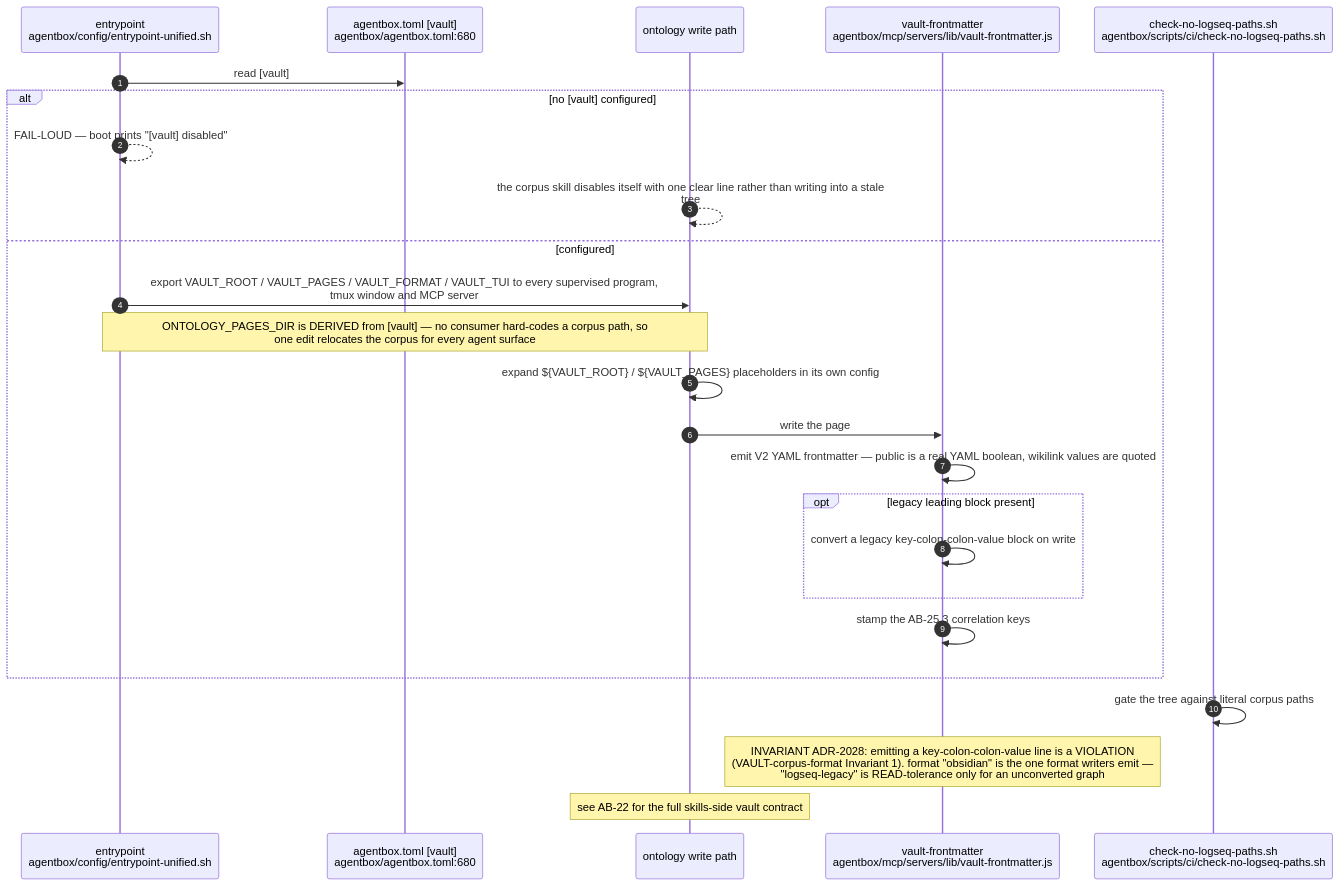
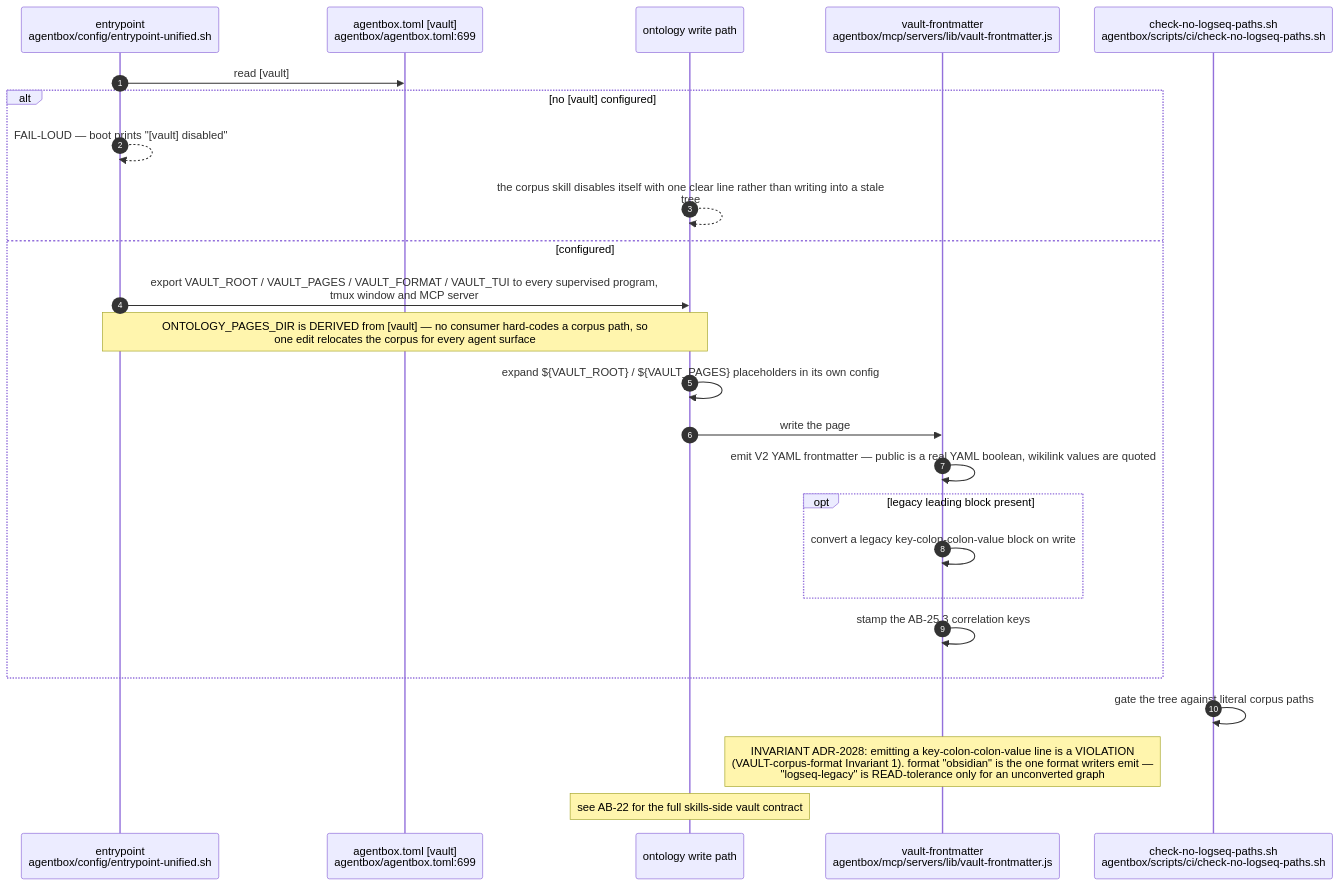
The tenth of 10 diagrams in docs/diagrams/agentbox/25-ontology-tools-and-governed-writes.md (DreamLab-AI/AR-AI-Knowledge-Graph), drawn with Mermaid before and after one commit. The commit also changed other lines of this file and 73 other files, not shown here.

First line of the commit message:
docs(diagrams): re-verify all 71 topic files against HEAD; add --cite-check

````diff
--- a/docs/diagrams/agentbox/25-ontology-tools-and-governed-writes.md
+++ b/docs/diagrams/agentbox/25-ontology-tools-and-governed-writes.md
@@ -417,28 +417,28 @@
 ```mermaid
 sequenceDiagram
     autonumber
     participant EP as entrypoint<br/>agentbox/config/entrypoint-unified.sh
-    participant MAN as agentbox.toml [vault]<br/>agentbox/agentbox.toml:680
+    participant MAN as agentbox.toml [vault]<br/>agentbox/agentbox.toml:699
     participant SK as ontology write path
     participant FM as vault-frontmatter<br/>agentbox/mcp/servers/lib/vault-frontmatter.js
     participant CI as check-no-logseq-paths.sh<br/>agentbox/scripts/ci/check-no-logseq-paths.sh
 
     EP->>MAN: read [vault]
     alt no [vault] configured
         EP-->>EP: FAIL-LOUD — boot prints "[vault] disabled"
         SK-->>SK: the corpus skill disables itself with one clear line rather than writing into a stale<br/>tree
     else configured
         EP->>SK: export VAULT_ROOT / VAULT_PAGES / VAULT_FORMAT / VAULT_TUI to every supervised program,<br/>tmux window and MCP server
         Note over EP,SK: ONTOLOGY_PAGES_DIR is DERIVED from [vault] — no consumer hard-codes a corpus path, so<br/>one edit relocates the corpus for every agent surface
         SK->>SK: expand ${VAULT_ROOT} / ${VAULT_PAGES} placeholders in its own config
         SK->>FM: write the page
         FM->>FM: emit V2 YAML frontmatter — public is a real YAML boolean, wikilink values are quoted
         opt legacy leading block present
             FM->>FM: convert a legacy key-colon-colon-value block on write
         end
         FM->>FM: stamp the AB-25.3 correlation keys
     end
     CI->>CI: gate the tree against literal corpus paths
     Note over FM: INVARIANT ADR-2028: emitting a key-colon-colon-value line is a VIOLATION<br/>(VAULT-corpus-format Invariant 1). format "obsidian" is the one format writers emit —<br/>"logseq-legacy" is READ-tolerance only for an unconverted graph
     Note over SK: see AB-22 for the full skills-side vault contract
 ```
````
